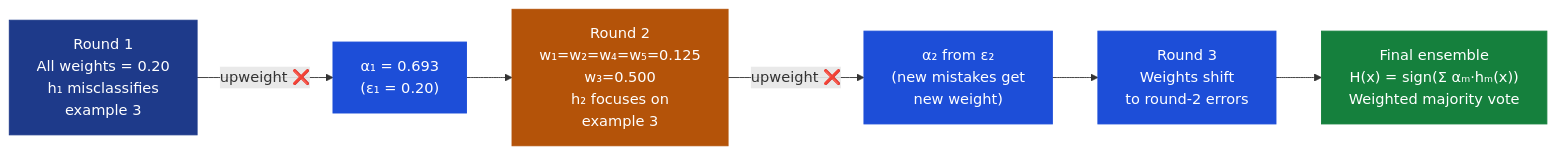
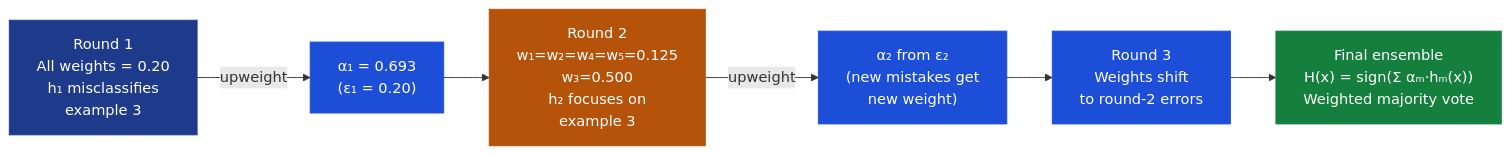
The third of 4 diagrams in notes/01-ml/08-ensemble-methods/ch02_boosting/README.md (dsgouda7/ai-portfolio), drawn with Mermaid before and after one commit. The commit also changed other lines of this file and 179 other files, not shown here.

````diff
--- a/notes/01-ml/08-ensemble-methods/ch02_boosting/README.md
+++ b/notes/01-ml/08-ensemble-methods/ch02_boosting/README.md
@@ -475,20 +475,20 @@
 ```mermaid
 flowchart LR
-    classDef primary fill:#1e3a8a,color:#fff,stroke:#1e3a8a
-    classDef success fill:#15803d,color:#fff,stroke:#15803d
-    classDef caution fill:#b45309,color:#fff,stroke:#b45309
-    classDef info fill:#1d4ed8,color:#fff,stroke:#1d4ed8
+ classDef primary fill:#1e3a8a,color:#fff,stroke:#1e3a8a
+ classDef success fill:#15803d,color:#fff,stroke:#15803d
+ classDef caution fill:#b45309,color:#fff,stroke:#b45309
+ classDef info fill:#1d4ed8,color:#fff,stroke:#1d4ed8
 
-    W1["Round 1\nAll weights = 0.20\nh₁ misclassifies\nexample 3"]:::primary
-    ALPHA1["α₁ = 0.693\n(ε₁ = 0.20)"]:::info
-    W2["Round 2\nw₁=w₂=w₄=w₅=0.125\nw₃=0.500\nh₂ focuses on\nexample 3"]:::caution
-    ALPHA2["α₂ from ε₂\n(new mistakes get\nnew weight)"]:::info
-    W3["Round 3\nWeights shift\nto round-2 errors"]:::info
-    VOTE["Final ensemble\nH(x) = sign(Σ αₘ·hₘ(x))\nWeighted majority vote"]:::success
+ W1["Round 1\nAll weights = 0.20\nh₁ misclassifies\nexample 3"]:::primary
+ ALPHA1["α₁ = 0.693\n(ε₁ = 0.20)"]:::info
+ W2["Round 2\nw₁=w₂=w₄=w₅=0.125\nw₃=0.500\nh₂ focuses on\nexample 3"]:::caution
+ ALPHA2["α₂ from ε₂\n(new mistakes get\nnew weight)"]:::info
+ W3["Round 3\nWeights shift\nto round-2 errors"]:::info
+ VOTE["Final ensemble\nH(x) = sign(Σ αₘ·hₘ(x))\nWeighted majority vote"]:::success
 
-    W1 -->|"upweight ❌"| ALPHA1
-    ALPHA1 --> W2
-    W2 -->|"upweight ❌"| ALPHA2
-    ALPHA2 --> W3
-    W3 --> VOTE
+ W1 -->|"upweight "| ALPHA1
+ ALPHA1 --> W2
+ W2 -->|"upweight "| ALPHA2
+ ALPHA2 --> W3
+ W3 --> VOTE
 ```
````
